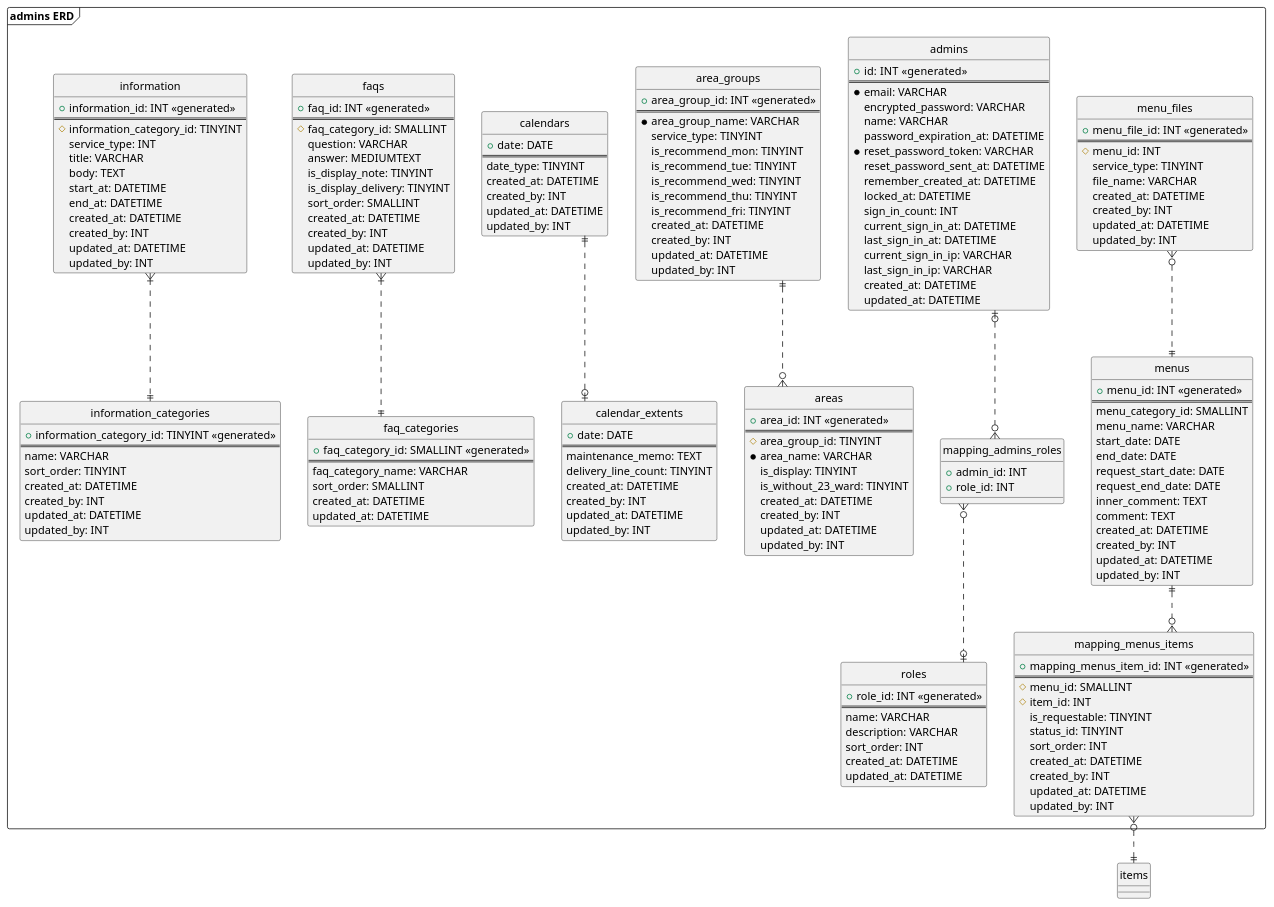
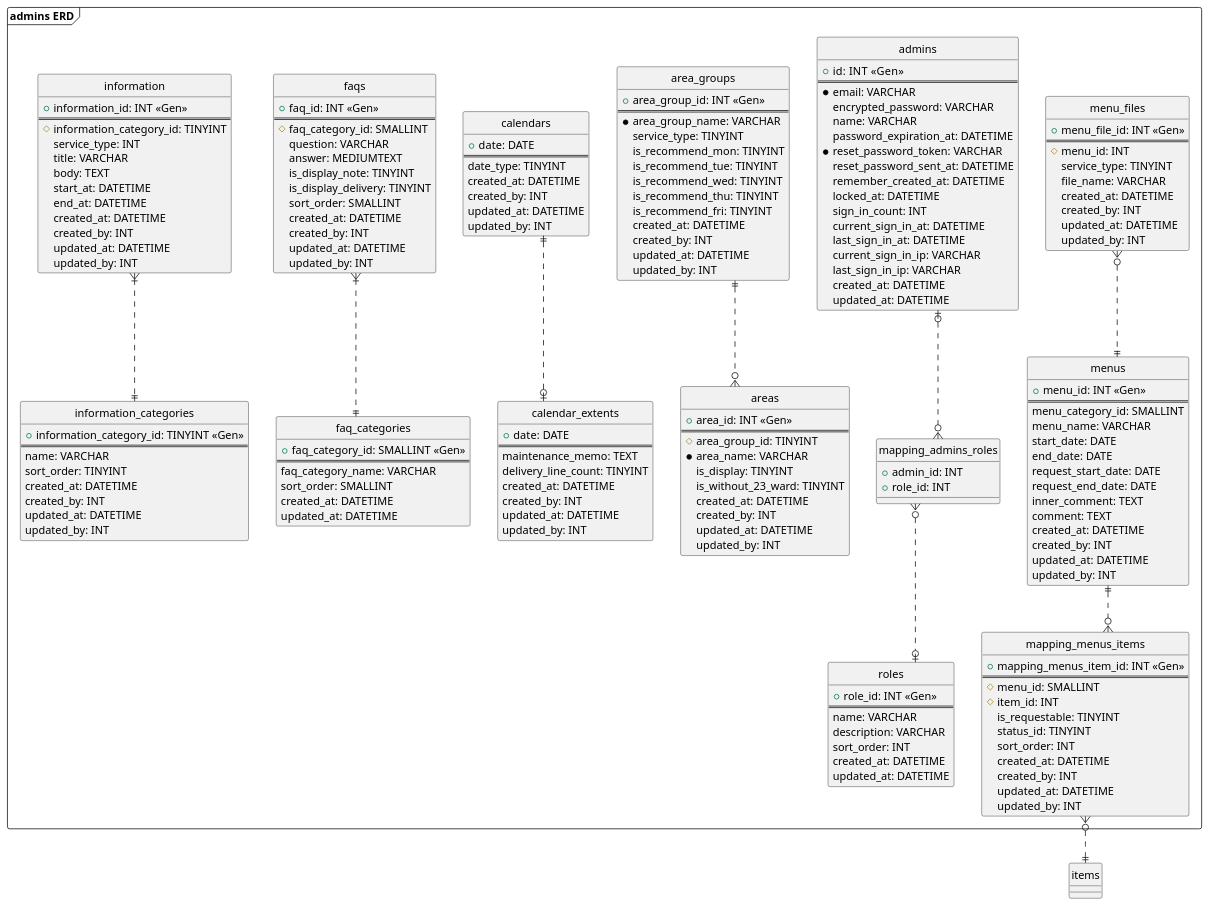
One commit to kim-yuchul-okan/subsystem-erd changed the diagram in subsystem/admin_erd.pu. Above: the diagram before and after it, drawn with PlantUML. The commit also changed 13 other files, not shown here.

```diff
--- a/subsystem/admin_erd.pu
+++ b/subsystem/admin_erd.pu
@@ -1,186 +1,185 @@
 @startuml
 
 ' hide the spot
 hide circle
 
 ' avoid problems with angled crows feet
 skinparam linetype ortho
 
 frame "admins ERD" {
-  entity "admins" as admins {
-    + id: INT  <<generated>>
+  entity "admins" {
+    + id: INT  <<Gen>>
     ==
     * email: VARCHAR
     encrypted_password: VARCHAR
     name: VARCHAR
     password_expiration_at: DATETIME
     *reset_password_token: VARCHAR
     reset_password_sent_at: DATETIME
     remember_created_at: DATETIME
     locked_at: DATETIME
     sign_in_count: INT
     current_sign_in_at: DATETIME
     last_sign_in_at: DATETIME
     current_sign_in_ip: VARCHAR
     last_sign_in_ip: VARCHAR
     created_at: DATETIME
     updated_at: DATETIME
   }
   entity "mapping_admins_roles" {
     + admin_id: INT
     + role_id: INT
   }
   entity "roles" {
-    + role_id: INT <<generated>>
+    + role_id: INT <<Gen>>
     ==
     name: VARCHAR
     description: VARCHAR
     sort_order: INT
     created_at: DATETIME
     updated_at: DATETIME
   }
   entity "area_groups" {
-    + area_group_id: INT <<generated>>
+    + area_group_id: INT <<Gen>>
     ==
     * area_group_name: VARCHAR
     service_type: TINYINT
     is_recommend_mon: TINYINT
     is_recommend_tue: TINYINT
     is_recommend_wed: TINYINT
     is_recommend_thu: TINYINT
     is_recommend_fri: TINYINT
     created_at: DATETIME
     created_by: INT
     updated_at: DATETIME
     updated_by: INT
   }
   entity "areas" {
-    + area_id: INT <<generated>>
+    + area_id: INT <<Gen>>
     ==
     # area_group_id: TINYINT
     * area_name: VARCHAR
     is_display: TINYINT
     is_without_23_ward: TINYINT
     created_at: DATETIME
     created_by: INT
     updated_at: DATETIME
     updated_by: INT
   }
   entity "calendar_extents" {
     + date: DATE
     ==
     maintenance_memo: TEXT
     delivery_line_count: TINYINT
     created_at: DATETIME
     created_by: INT
     updated_at: DATETIME
     updated_by: INT
   }
   entity "calendars" {
     + date: DATE
     ==
     date_type: TINYINT
     created_at: DATETIME
     created_by: INT
     updated_at: DATETIME
     updated_by: INT
   }
   entity "faq_categories" {
-    + faq_category_id: SMALLINT <<generated>>
+    + faq_category_id: SMALLINT <<Gen>>
     ==
     faq_category_name: VARCHAR
     sort_order: SMALLINT
     created_at: DATETIME
     updated_at: DATETIME
   }
   entity "faqs" {
-    + faq_id: INT <<generated>>
+    + faq_id: INT <<Gen>>
     ==
     # faq_category_id: SMALLINT
     question: VARCHAR
     answer: MEDIUMTEXT
     is_display_note: TINYINT
     is_display_delivery: TINYINT
     sort_order: SMALLINT
     created_at: DATETIME
     created_by: INT
     updated_at: DATETIME
     updated_by: INT
   }
   entity "information" {
-    + information_id: INT <<generated>>
+    + information_id: INT <<Gen>>
     ==
     # information_category_id: TINYINT
     service_type: INT
     title: VARCHAR
     body: TEXT
     start_at: DATETIME
     end_at: DATETIME
     created_at: DATETIME
     created_by: INT
     updated_at: DATETIME
     updated_by: INT
   }
   entity "information_categories" {
-    + information_category_id: TINYINT <<generated>>
+    + information_category_id: TINYINT <<Gen>>
     ==
     name: VARCHAR
     sort_order: TINYINT
     created_at: DATETIME
     created_by: INT
     updated_at: DATETIME
     updated_by: INT
   }
   entity "menu_files" {
-    + menu_file_id: INT <<generated>>
+    + menu_file_id: INT <<Gen>>
     ==
     # menu_id: INT
     service_type: TINYINT
     file_name: VARCHAR
     created_at: DATETIME
     created_by: INT
     updated_at: DATETIME
     updated_by: INT
   }
   entity "menus" {
-    + menu_id: INT <<generated>>
+    + menu_id: INT <<Gen>>
     ==
     menu_category_id: SMALLINT
     menu_name: VARCHAR
     start_date: DATE
     end_date: DATE
     request_start_date: DATE
     request_end_date: DATE
     inner_comment: TEXT
     comment: TEXT
     created_at: DATETIME
     created_by: INT
     updated_at: DATETIME
     updated_by: INT
   }
   entity "mapping_menus_items" {
-    + mapping_menus_item_id: INT <<generated>>
+    + mapping_menus_item_id: INT <<Gen>>
     ==
     # menu_id: SMALLINT
     # item_id: INT
     is_requestable: TINYINT
     status_id: TINYINT
     sort_order: INT
     created_at: DATETIME
     created_by: INT
     updated_at: DATETIME
     updated_by: INT
   }
-
   admins |o.d.o{ mapping_admins_roles
   mapping_admins_roles }o..o| roles
   area_groups ||..o{ areas
   calendars ||..o| calendar_extents
   faqs }|..|| faq_categories
   information }|..|| information_categories
   menus ||.u.o{ menu_files
   menus ||.d.o{ mapping_menus_items
 }
 
 items ||.u.o{ mapping_menus_items
 @enduml
```
